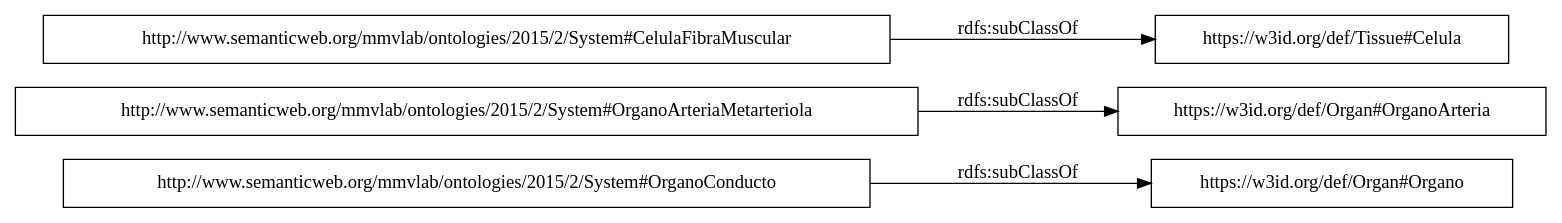
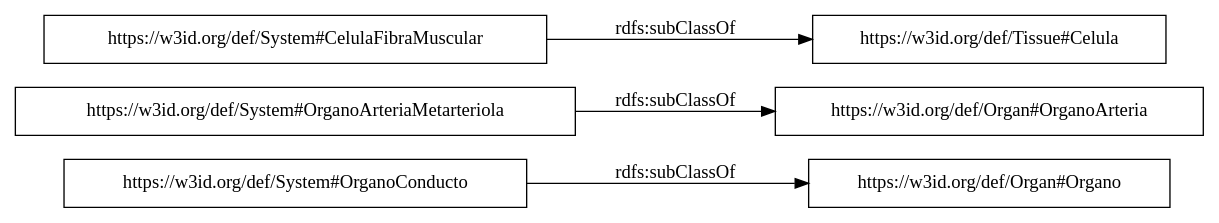
One commit to claxima/HistologicalOntology changed the diagram in OnToology/System.owl/diagrams/ar2dtool-taxonomy/System.owl.png.dot. Above: the diagram before and after it, drawn with Graphviz. The commit also changed 115 other files, not shown here.

```diff
--- a/OnToology/System.owl/diagrams/ar2dtool-taxonomy/System.owl.png.dot
+++ b/OnToology/System.owl/diagrams/ar2dtool-taxonomy/System.owl.png.dot
@@ -1,9 +1,9 @@
 digraph ar2dtool_diagram { 
 rankdir=LR;
 size="1000"
-node [shape = rectangle, color="black"]; "http://www.semanticweb.org/mmvlab/ontologies/2015/2/System#OrganoConducto" "http://www.semanticweb.org/mmvlab/ontologies/2015/2/System#OrganoArteriaMetarteriola" "http://www.semanticweb.org/mmvlab/ontologies/2015/2/System#CelulaFibraMuscular" ; /*classes style*/
-	"http://www.semanticweb.org/mmvlab/ontologies/2015/2/System#CelulaFibraMuscular" -> "https://w3id.org/def/Tissue#Celula" [ label = "rdfs:subClassOf" ];
-	"http://www.semanticweb.org/mmvlab/ontologies/2015/2/System#OrganoArteriaMetarteriola" -> "https://w3id.org/def/Organ#OrganoArteria" [ label = "rdfs:subClassOf" ];
-	"http://www.semanticweb.org/mmvlab/ontologies/2015/2/System#OrganoConducto" -> "https://w3id.org/def/Organ#Organo" [ label = "rdfs:subClassOf" ];
+node [shape = rectangle, color="black"]; "https://w3id.org/def/System#OrganoConducto" "https://w3id.org/def/System#OrganoArteriaMetarteriola" "https://w3id.org/def/System#CelulaFibraMuscular" ; /*classes style*/
+	"https://w3id.org/def/System#CelulaFibraMuscular" -> "https://w3id.org/def/Tissue#Celula" [ label = "rdfs:subClassOf" ];
+	"https://w3id.org/def/System#OrganoArteriaMetarteriola" -> "https://w3id.org/def/Organ#OrganoArteria" [ label = "rdfs:subClassOf" ];
+	"https://w3id.org/def/System#OrganoConducto" -> "https://w3id.org/def/Organ#Organo" [ label = "rdfs:subClassOf" ];
 
 }
```
